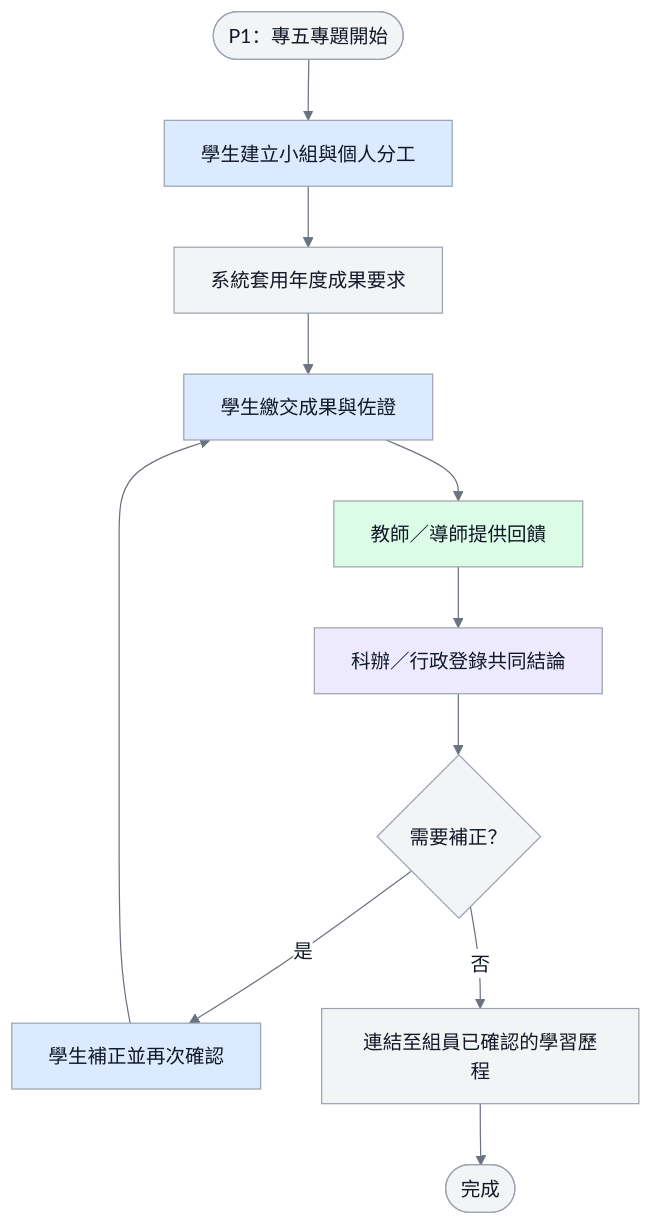
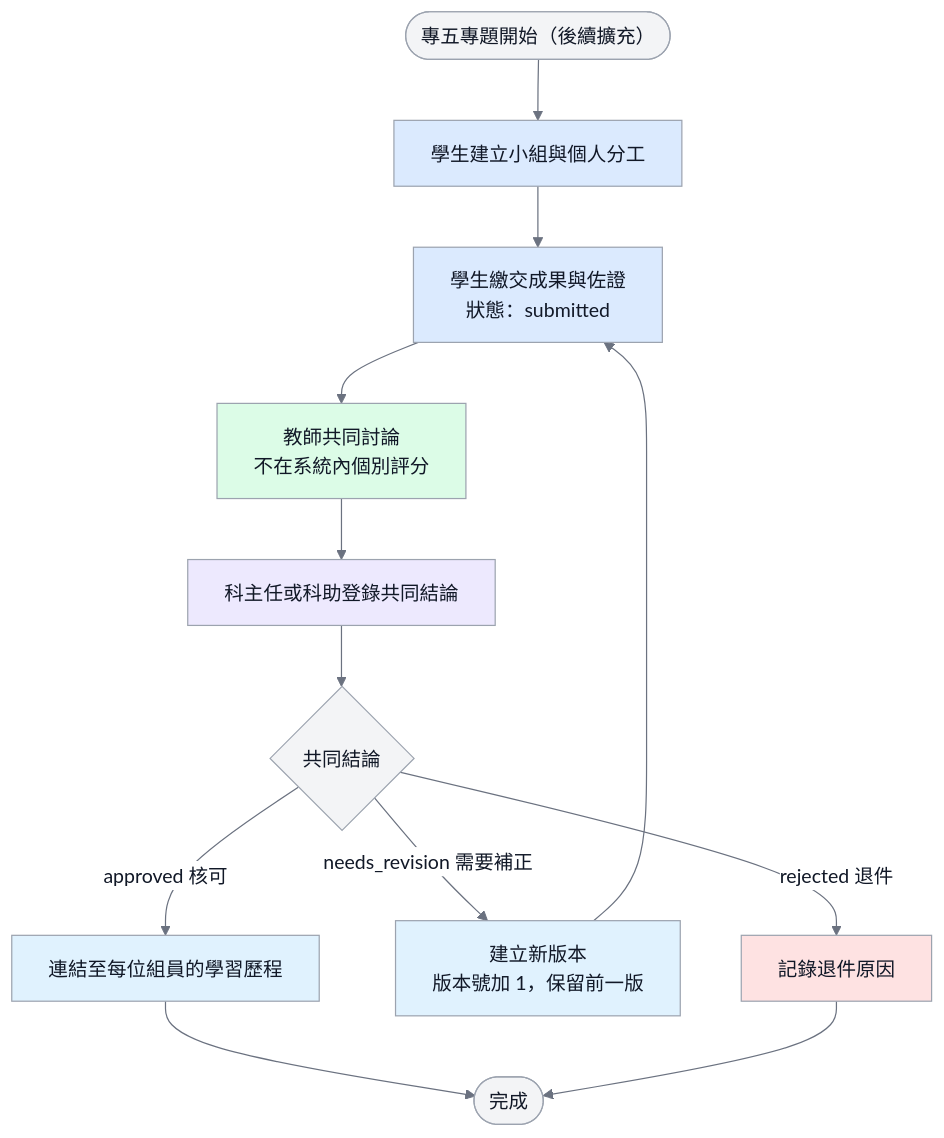
The diagram in docs/images/D-03-group-project-review-flow.mmd (vujhdcusa/1028), drawn with Mermaid before and after one commit. The commit also changed 116 other files, not shown here.

```diff
--- a/docs/images/D-03-group-project-review-flow.mmd
+++ b/docs/images/D-03-group-project-review-flow.mmd
@@ -1,17 +1,19 @@
-%%{init: {'theme':'base','themeVariables': {'fontFamily':'Microsoft JhengHei, Noto Sans TC, Arial, sans-serif','primaryColor':'#F3F4F6','primaryTextColor':'#111827','primaryBorderColor':'#9CA3AF','lineColor':'#6B7280','edgeLabelBackground':'#FFFFFF'}}}%%
+%%{init: {'theme':'base','themeVariables': {'fontFamily':'Microsoft JhengHei, Noto Sans TC, Arial, sans-serif','primaryColor':'#F3F4F6','primaryTextColor':'#111827','primaryBorderColor':'#9CA3AF','lineColor':'#6B7280','edgeLabelBackground':'#FFFFFF'},'flowchart':{'wrappingWidth':400}}}%%
 flowchart TD
     classDef student fill:#DBEAFE,stroke:#9CA3AF,color:#111827,stroke-width:1px;
     classDef teacher fill:#DCFCE7,stroke:#9CA3AF,color:#111827,stroke-width:1px;
     classDef staff fill:#EDE9FE,stroke:#9CA3AF,color:#111827,stroke-width:1px;
-    classDef system fill:#F3F4F6,stroke:#9CA3AF,color:#111827,stroke-width:1px;
+    classDef system fill:#E0F2FE,stroke:#9CA3AF,color:#111827,stroke-width:1px;
+    classDef alert fill:#FEE2E2,stroke:#9CA3AF,color:#111827,stroke-width:1px;
 
-    Start([P1：專五專題開始]) --> Team[學生建立小組與個人分工]:::student
-    Team --> Template[系統套用年度成果要求]:::system
-    Template --> Submit[學生繳交成果與佐證]:::student
-    Submit --> Teacher[教師／導師提供回饋]:::teacher
-    Teacher --> Staff[科辦／行政登錄共同結論]:::staff
-    Staff --> Revision{需要補正？}
-    Revision -- 是 --> Fix[學生補正並再次確認]:::student
-    Fix --> Submit
-    Revision -- 否 --> Link[連結至組員已確認的學習歷程]:::system
+    Start([專五專題開始（後續擴充）]) --> Team[學生建立小組與個人分工]:::student
+    Team --> Submit[學生繳交成果與佐證<br/>狀態：submitted]:::student
+    Submit --> Discuss[教師共同討論<br/>不在系統內個別評分]:::teacher
+    Discuss --> Record[科主任或科助登錄共同結論]:::staff
+    Record --> Result{共同結論}
+    Result -- approved 核可 --> Link[連結至每位組員的學習歷程]:::system
+    Result -- needs_revision 需要補正 --> NewVersion[建立新版本<br/>版本號加 1，保留前一版]:::system
+    NewVersion --> Submit
+    Result -- rejected 退件 --> Reject[記錄退件原因]:::alert
     Link --> End([完成])
+    Reject --> End
```
